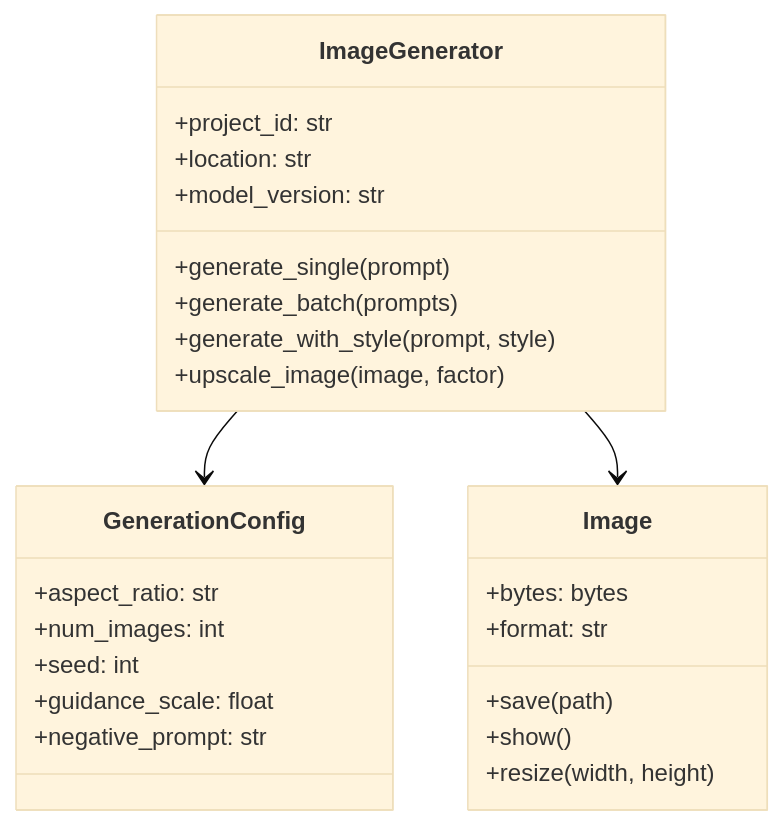
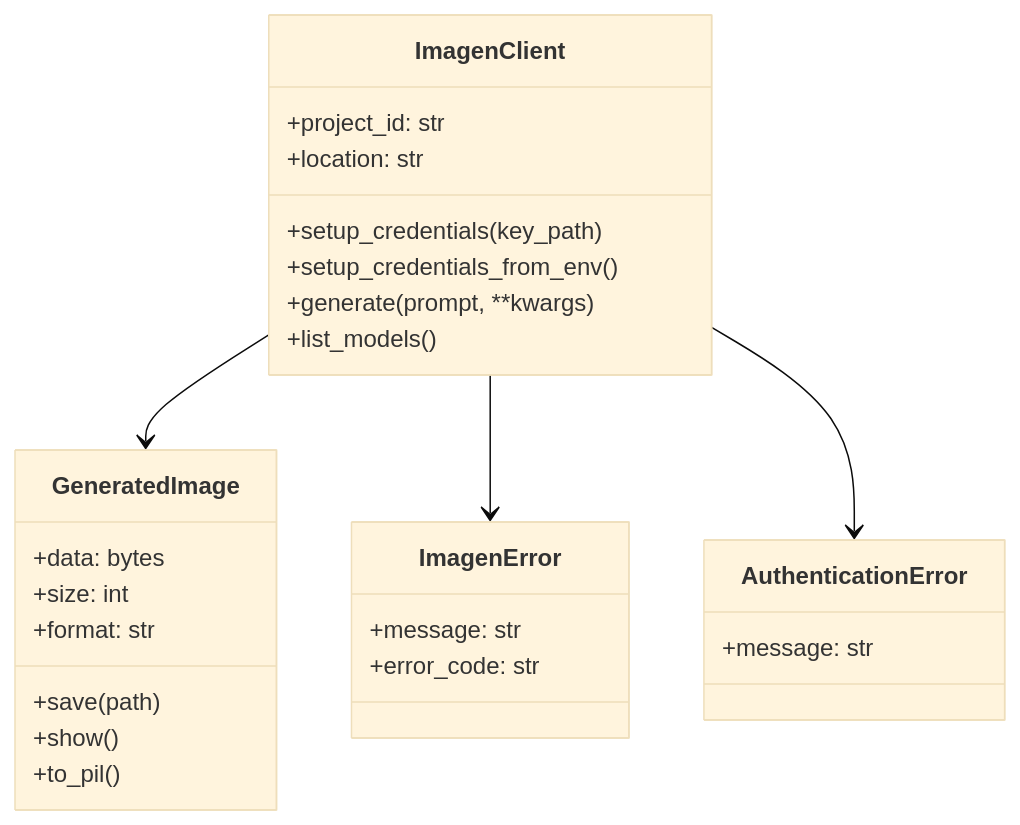
One commit to realcoding2003/realcoding.github.io changed the second of 4 diagrams in _posts/2025-06-07-vertex-ai-imagen-python-package.md. Above: the diagram before and after it, drawn with Mermaid (base theme). The commit also changed other lines of this file, not shown here.

First line of the commit message:
Vertex AI Imagen 문서 업데이트 및 비동기 처리 추가

````diff
--- a/_posts/2025-06-07-vertex-ai-imagen-python-package.md
+++ b/_posts/2025-06-07-vertex-ai-imagen-python-package.md
@@ -175,31 +212,33 @@
 ```mermaid
 classDiagram
-    class ImageGenerator {
+    class ImagenClient {
         +project_id: str
         +location: str
-        +model_version: str
-        +generate_single(prompt)
-        +generate_batch(prompts)
-        +generate_with_style(prompt, style)
-        +upscale_image(image, factor)
+        +setup_credentials(key_path)
+        +setup_credentials_from_env()
+        +generate(prompt, **kwargs)
+        +list_models()
     }
     
-    class GenerationConfig {
-        +aspect_ratio: str
-        +num_images: int
-        +seed: int
-        +guidance_scale: float
-        +negative_prompt: str
-    }
-    
-    class Image {
-        +bytes: bytes
+    class GeneratedImage {
+        +data: bytes
+        +size: int
         +format: str
         +save(path)
         +show()
-        +resize(width, height)
+        +to_pil()
     }
     
-    ImageGenerator --> GenerationConfig
-    ImageGenerator --> Image
+    class ImagenError {
+        +message: str
+        +error_code: str
+    }
+    
+    class AuthenticationError {
+        +message: str
+    }
+    
+    ImagenClient --> GeneratedImage
+    ImagenClient --> ImagenError
+    ImagenClient --> AuthenticationError
 ```
````
